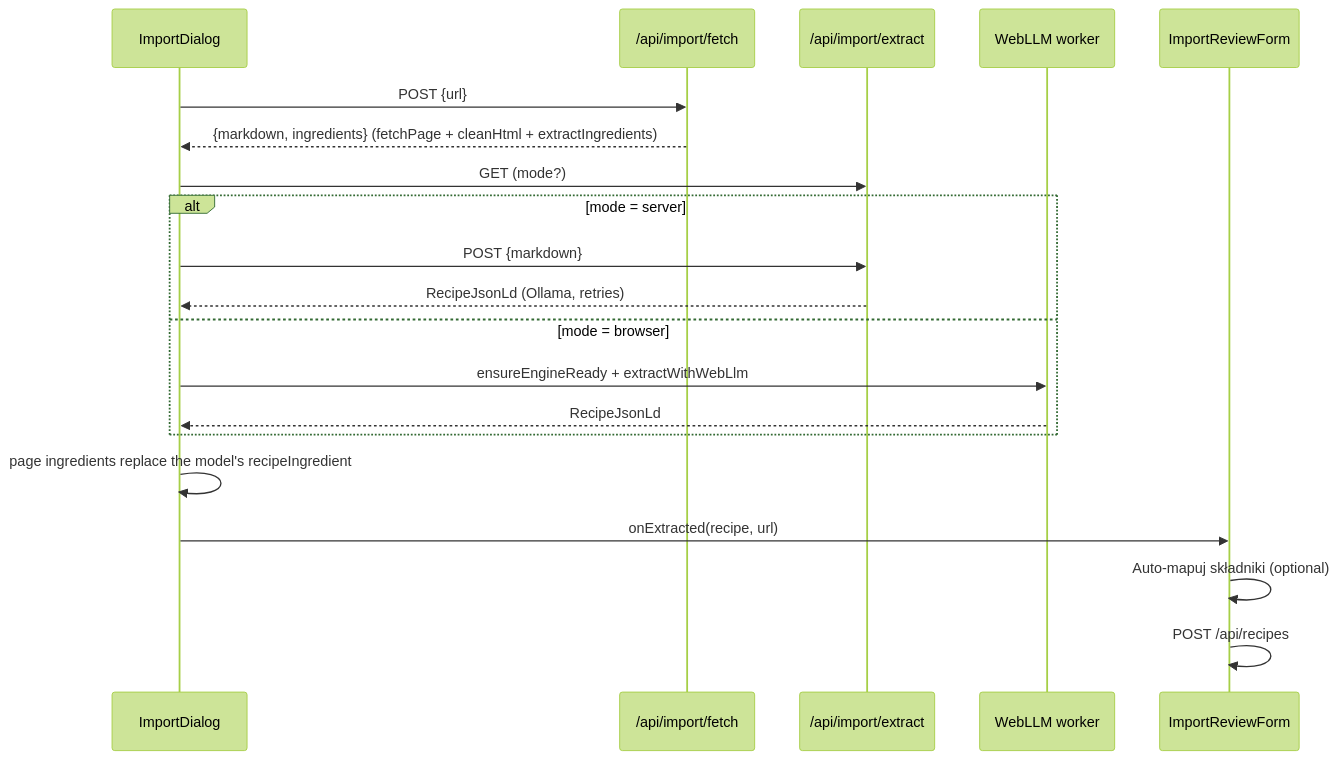
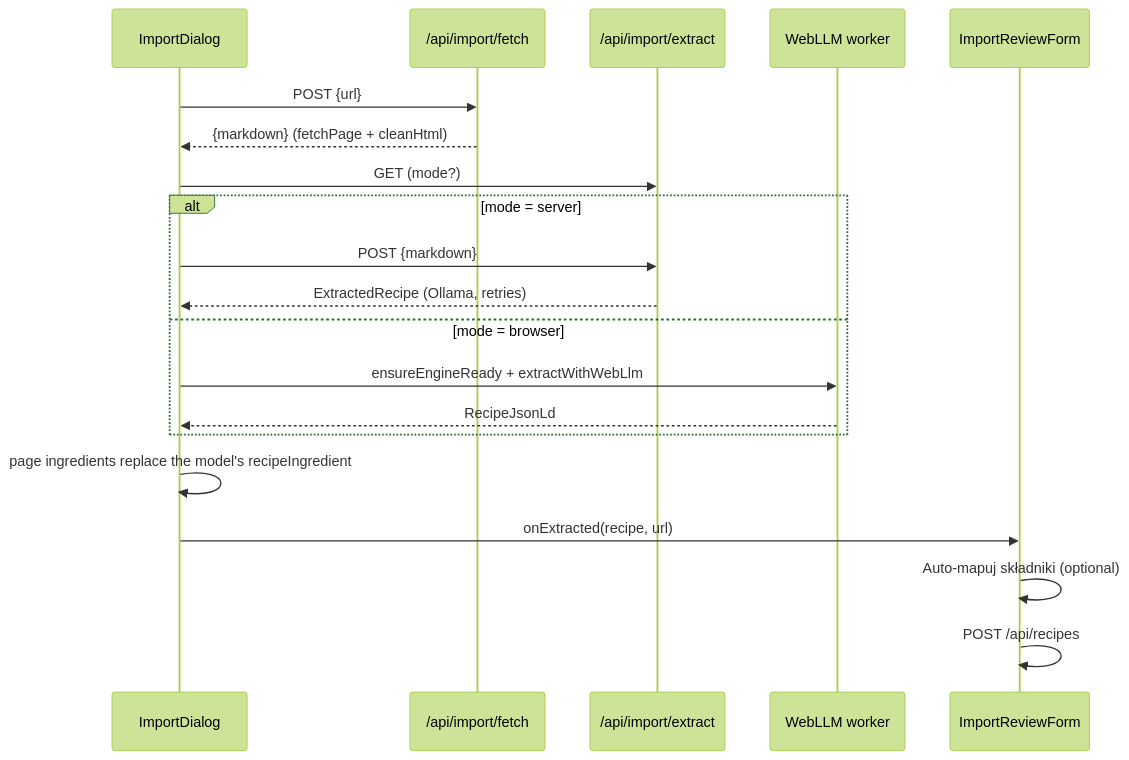
The diagram in docs/wiki/concepts/import-pipeline.md (Konstantysz/meal-planner), drawn with Mermaid (forest theme) before and after one commit. The commit also changed other lines of this file and 39 other files, not shown here.

````diff
--- a/docs/wiki/concepts/import-pipeline.md
+++ b/docs/wiki/concepts/import-pipeline.md
@@ -42,22 +42,22 @@
 ```mermaid
 sequenceDiagram
   participant D as ImportDialog
   participant F as /api/import/fetch
   participant X as /api/import/extract
   participant W as WebLLM worker
   participant R as ImportReviewForm
   D->>F: POST {url}
-  F-->>D: {markdown, ingredients} (fetchPage + cleanHtml + extractIngredients)
+  F-->>D: {markdown} (fetchPage + cleanHtml)
   D->>X: GET (mode?)
   alt mode = server
     D->>X: POST {markdown}
-    X-->>D: RecipeJsonLd (Ollama, retries)
+    X-->>D: ExtractedRecipe (Ollama, retries)
   else mode = browser
     D->>W: ensureEngineReady + extractWithWebLlm
     W-->>D: RecipeJsonLd
   end
   D->>D: page ingredients replace the model's recipeIngredient
   D->>R: onExtracted(recipe, url)
   R->>R: Auto-mapuj składniki (optional)
   R->>R: POST /api/recipes
 ```
````
